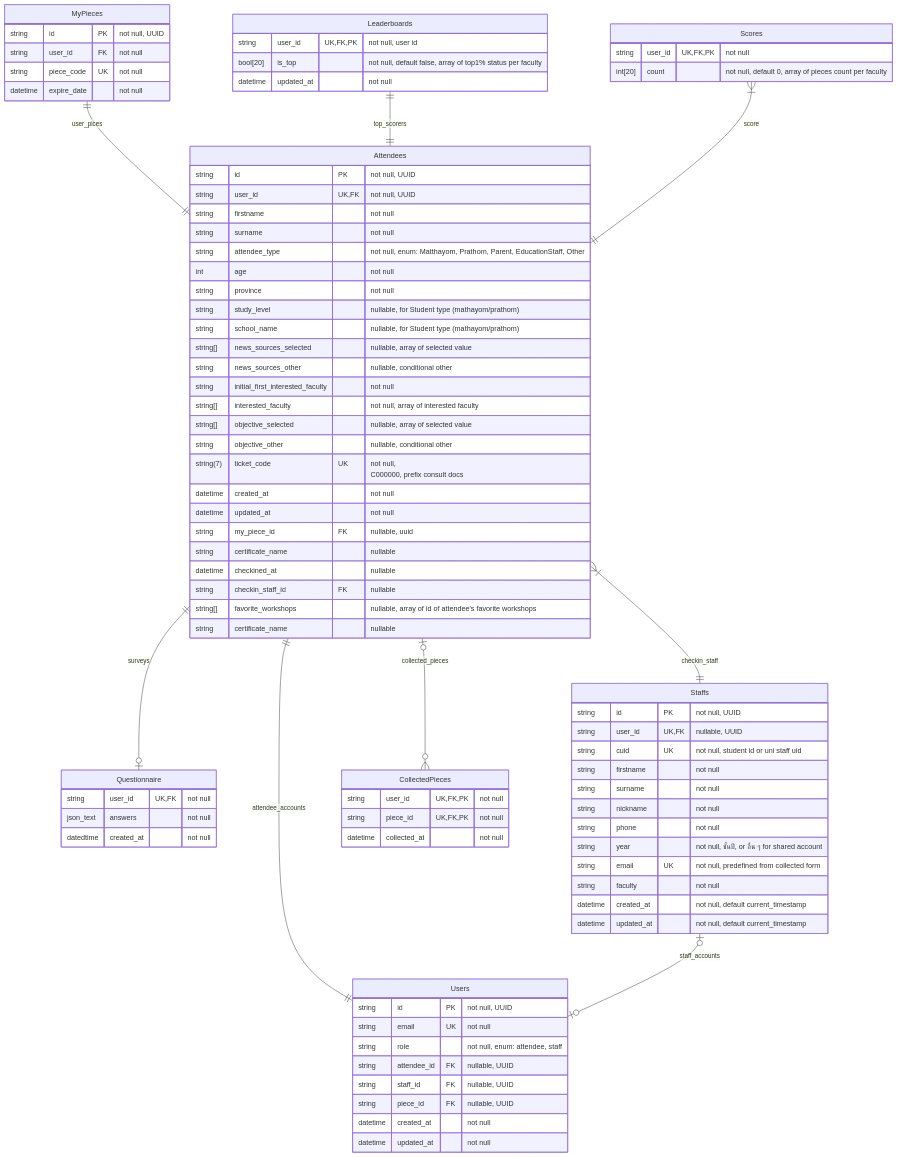
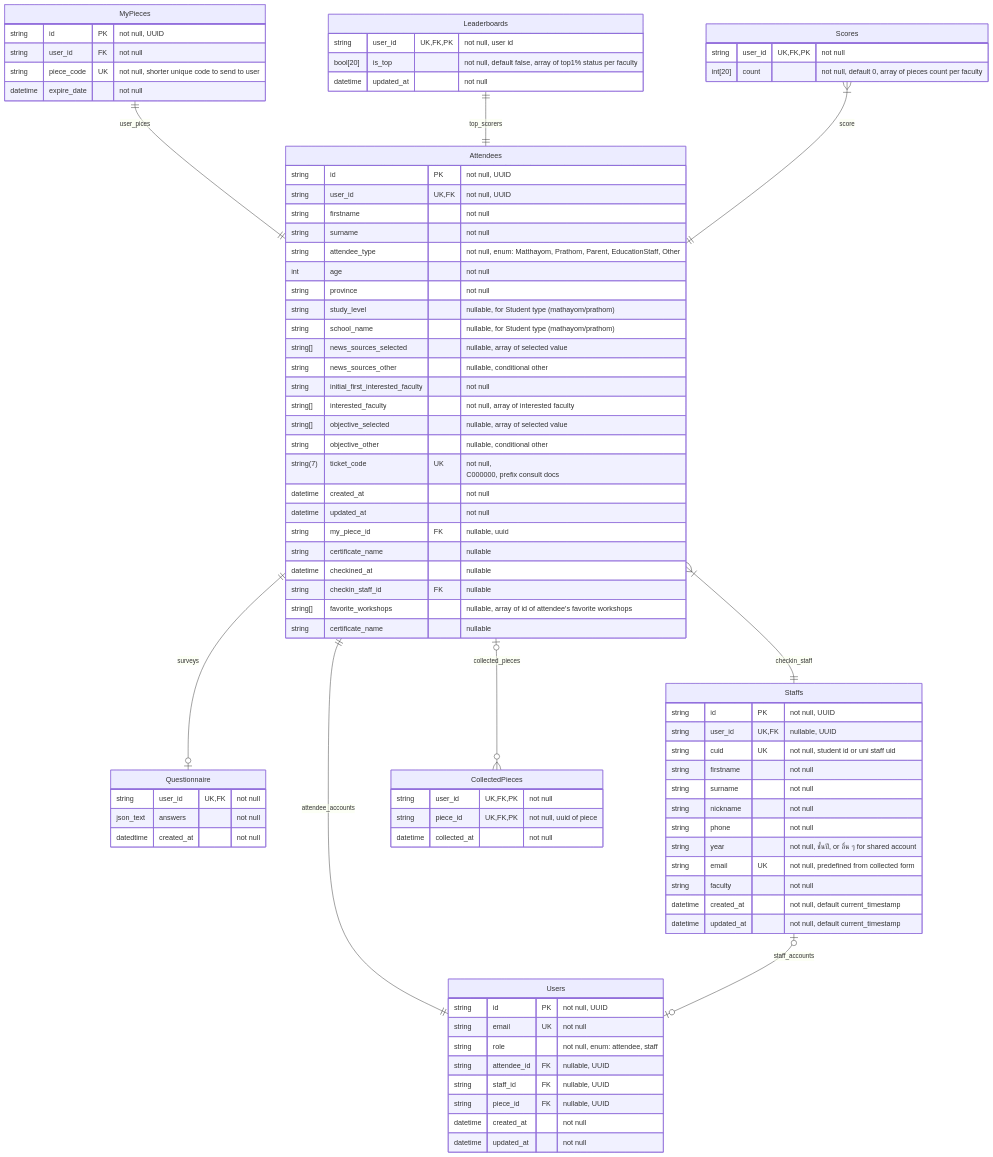
The diagram in README.md (isd-sgcu/oph26-backend), drawn with Mermaid before and after one commit.

Commit message:
feat: update ER Diagram with clarifications on piece codes and leaderboard descriptions

```diff
--- a/README.md
+++ b/README.md
@@ -76,15 +76,14 @@
 
     MyPieces {
         string id PK "not null, UUID"
-        %%ควรเป็นอันที่เอาไปส่งให้คนอื่น
         string user_id FK "not null"
-        string piece_code UK "not null"
+        string piece_code UK "not null, shorter unique code to send to user"
         datetime expire_date "not null"
     }
 
     CollectedPieces {
         string user_id UK, FK, PK "not null"
-        string piece_id UK, FK, PK "not null"
+        string piece_id UK, FK, PK "not null, uuid of piece"
         datetime collected_at "not null"
     }
 
@@ -93,7 +92,7 @@
         int[20] count "not null, default 0, array of pieces count per faculty"
     }
 
-    %% Leaderboards is this user_id top1% of any of this faculty
+    %% Leaderboards store of this user_id is top1% of which the faculties at the updated time
     Leaderboards {
         string user_id UK,FK,PK "not null, user id"
         bool[20] is_top "not null, default false, array of top1% status per faculty"
```
